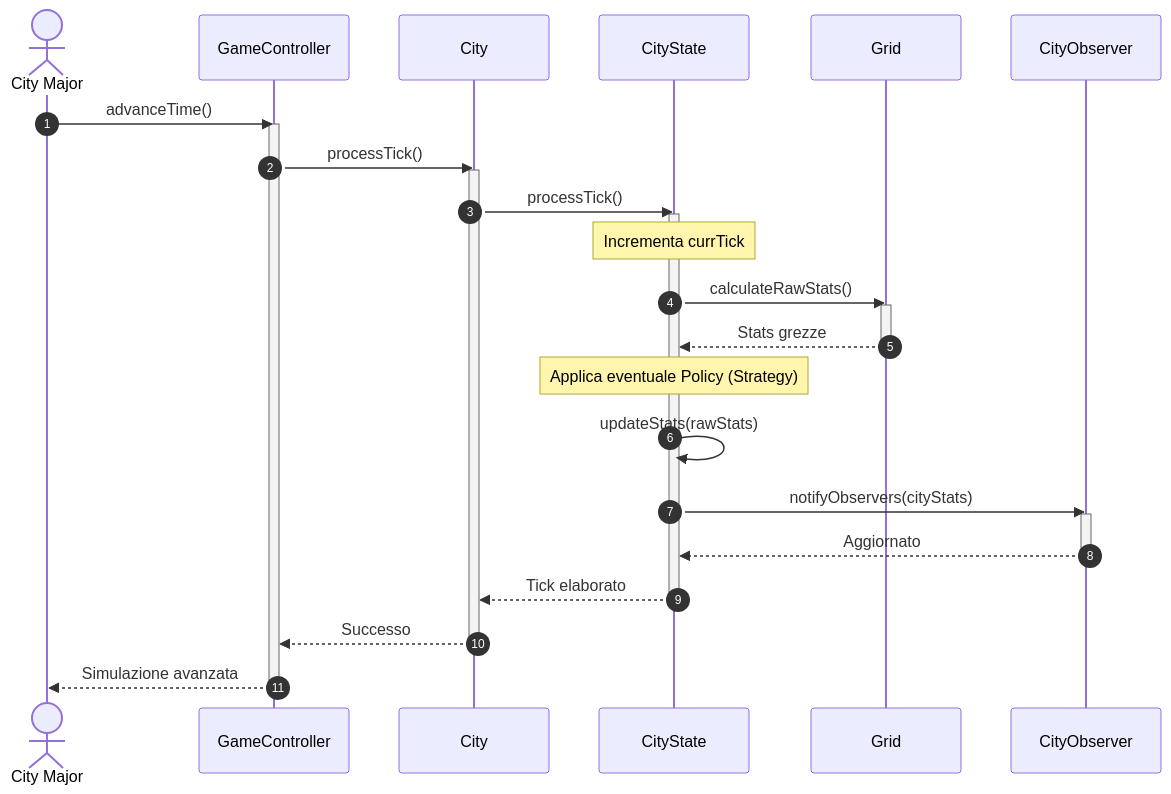
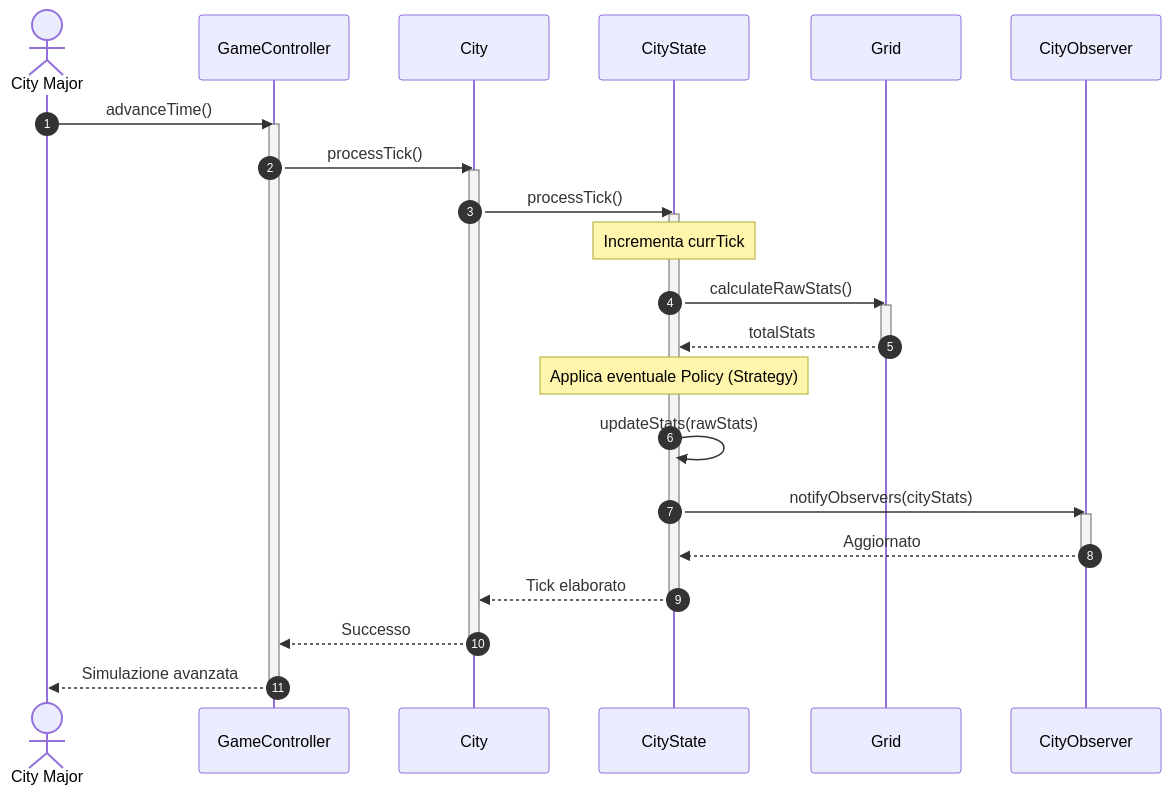
The diagram in docs/INTERNAL-SEQUENCE-DIAGRAM/isd-advance-simulation(Tick).md (andreatoson3-netizen/Amatriciana), drawn with Mermaid before and after one commit.

````diff
--- a/docs/INTERNAL-SEQUENCE-DIAGRAM/isd-advance-simulation(Tick).md
+++ b/docs/INTERNAL-SEQUENCE-DIAGRAM/isd-advance-simulation(Tick).md
@@ -2,37 +2,37 @@
 ```mermaid
 sequenceDiagram
     autonumber
     actor Utente as City Major 
     participant GC as GameController
     participant City as City
     participant CS as CityState
     participant Grid as Grid
     participant Obs as CityObserver
 
     Utente->>GC: advanceTime()
     activate GC
     GC->>City: processTick()
     activate City
     City->>CS: processTick()
     activate CS
     
     Note over CS: Incrementa currTick
     CS->>Grid: calculateRawStats()
     activate Grid
-    Grid-->>CS: Stats grezze
+    Grid-->>CS: totalStats
     deactivate Grid
     
     Note over CS: Applica eventuale Policy (Strategy)
     CS->>CS: updateStats(rawStats)
     CS->>Obs: notifyObservers(cityStats)
     activate Obs
     Obs-->>CS: Aggiornato
     deactivate Obs
     
     CS-->>City: Tick elaborato
     deactivate CS
     City-->>GC: Successo
     deactivate City
     GC-->>Utente: Simulazione avanzata
     deactivate GC
 ```
````
